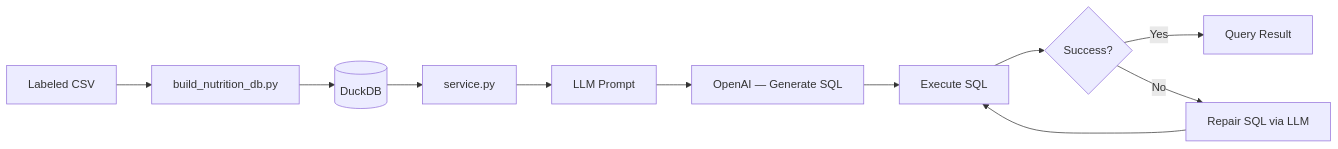
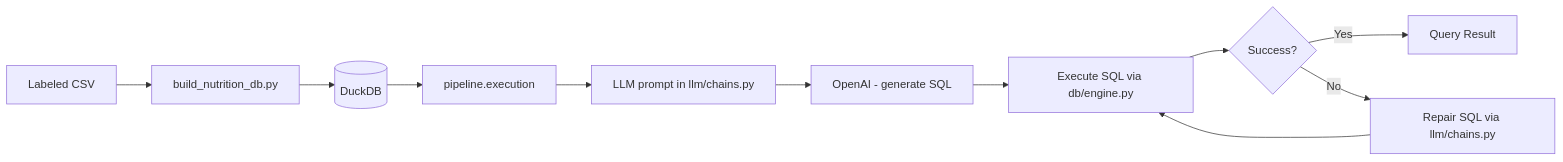
The second of 2 diagrams in docs/Codebase.md (Hrsh-12/talk2data), drawn with Mermaid before and after one commit. The commit also changed other lines of this file and 41 other files, not shown here.

````diff
--- a/docs/Codebase.md
+++ b/docs/Codebase.md
@@ -161,13 +250,13 @@
 ```mermaid
 flowchart LR
     A[Labeled CSV] --> B[build_nutrition_db.py]
     B --> C[(DuckDB)]
-    C --> D[service.py]
-    D --> E[LLM Prompt]
-    E --> F[OpenAI — Generate SQL]
-    F --> G[Execute SQL]
+    C --> D[pipeline.execution]
+    D --> E[LLM prompt in llm/chains.py]
+    E --> F[OpenAI - generate SQL]
+    F --> G[Execute SQL via db/engine.py]
     G --> H{Success?}
     H -- Yes --> I[Query Result]
-    H -- No --> J[Repair SQL via LLM]
+    H -- No --> J[Repair SQL via llm/chains.py]
     J --> G
 ```
````
